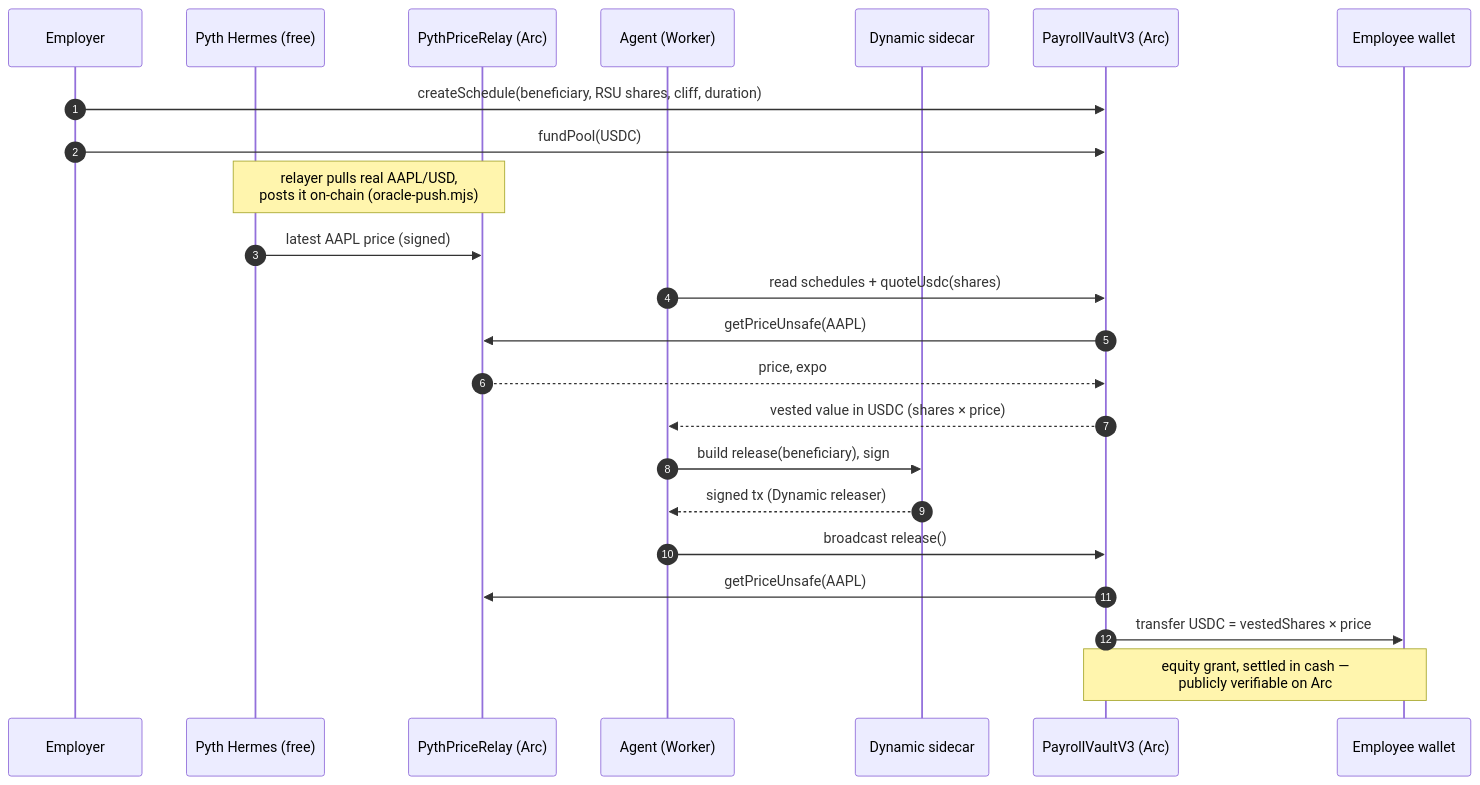
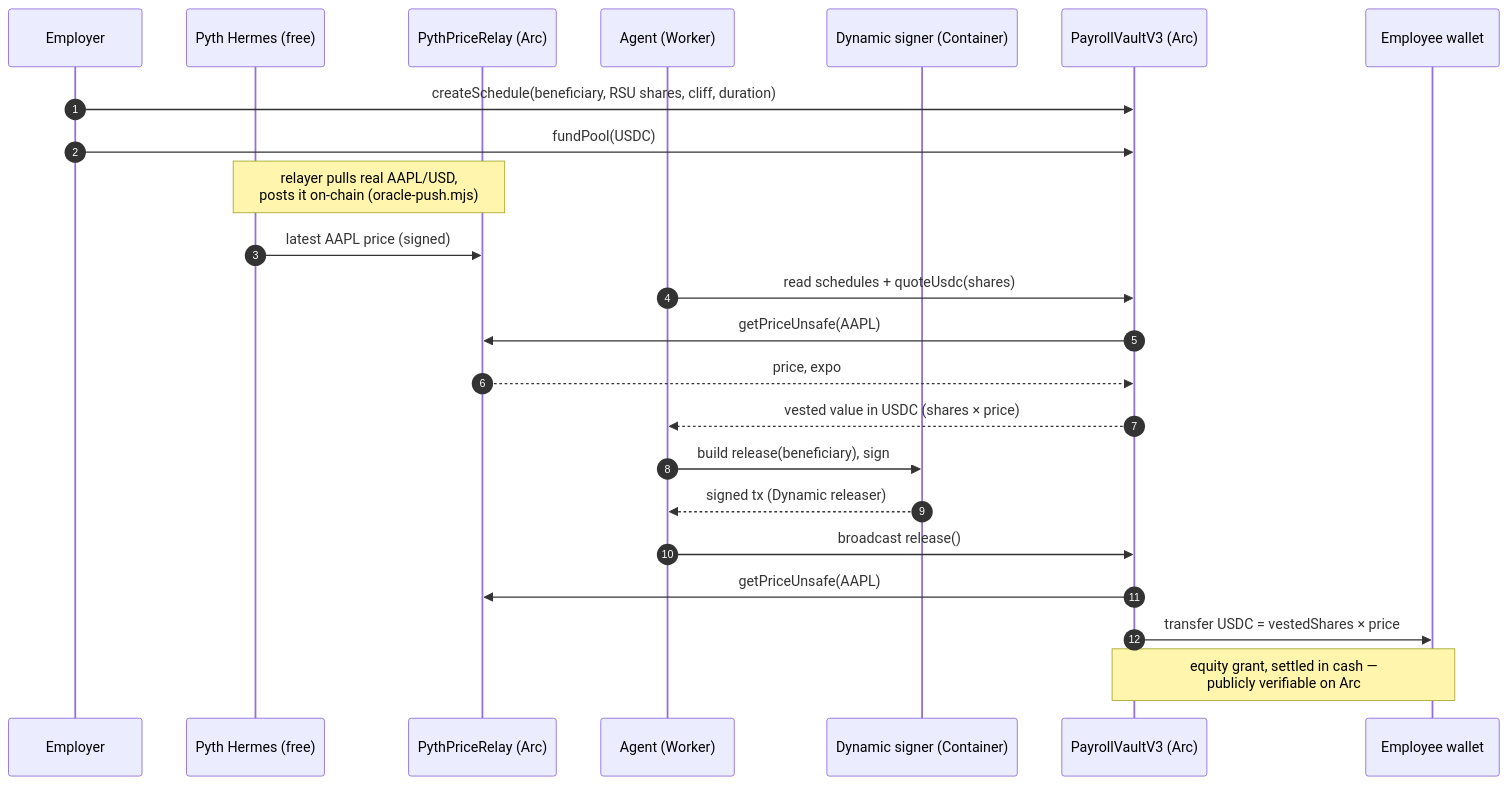
Before and after one commit to max-andrew/manila: the second of 2 diagrams in docs/ARCHITECTURE.md, drawn with Mermaid. The commit also changed other lines of this file and 9 other files, not shown here.

First line of the commit message:
docs: reflect the Cloudflare Container signer; drop the tunnel script

````diff
--- a/docs/ARCHITECTURE.md
+++ b/docs/ARCHITECTURE.md
@@ -58,26 +58,26 @@
 ```mermaid
 sequenceDiagram
   autonumber
   participant E as Employer
   participant H as Pyth Hermes (free)
   participant R as PythPriceRelay (Arc)
   participant A as Agent (Worker)
-  participant S as Dynamic sidecar
+  participant S as Dynamic signer (Container)
   participant V as PayrollVaultV3 (Arc)
   participant B as Employee wallet
 
   E->>V: createSchedule(beneficiary, RSU shares, cliff, duration)
   E->>V: fundPool(USDC)
   Note over H,R: relayer pulls real AAPL/USD,<br/>posts it on-chain (oracle-push.mjs)
   H->>R: latest AAPL price (signed)
   A->>V: read schedules + quoteUsdc(shares)
   V->>R: getPriceUnsafe(AAPL)
   R-->>V: price, expo
   V-->>A: vested value in USDC (shares × price)
   A->>S: build release(beneficiary), sign
   S-->>A: signed tx (Dynamic releaser)
   A->>V: broadcast release()
   V->>R: getPriceUnsafe(AAPL)
   V->>B: transfer USDC = vestedShares × price
   Note over V,B: equity grant, settled in cash —<br/>publicly verifiable on Arc
 ```
````
